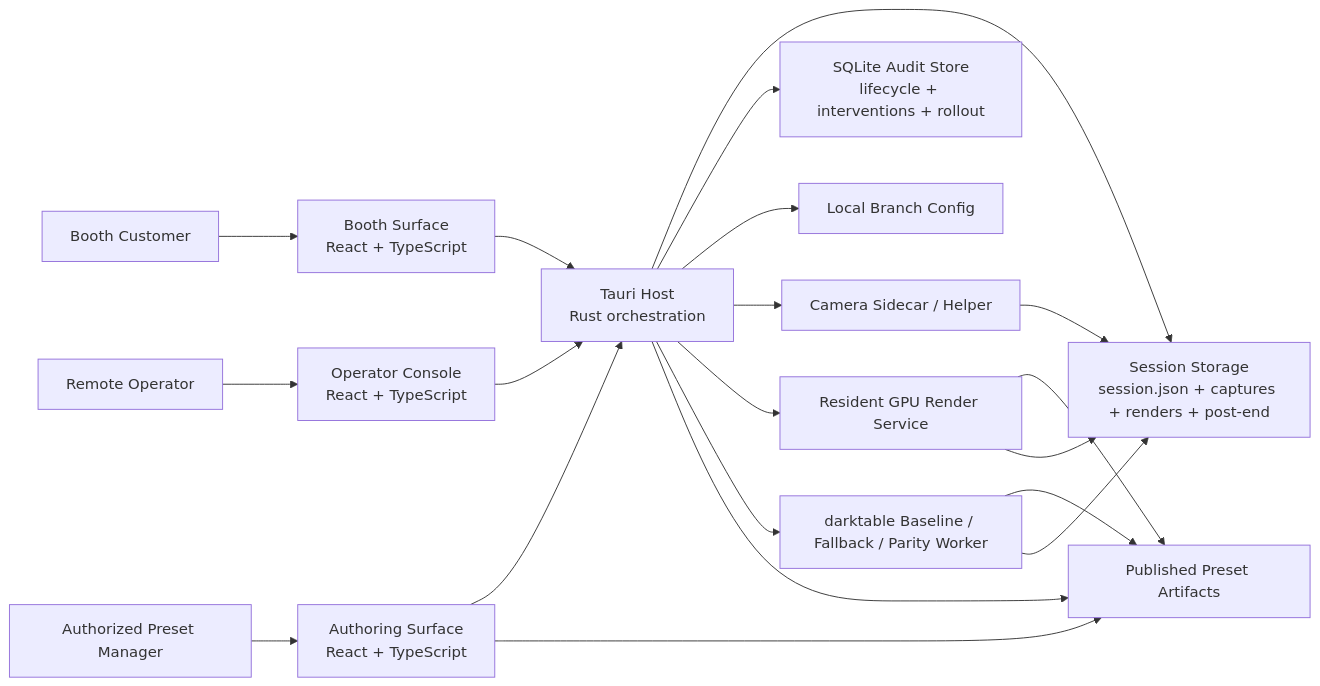
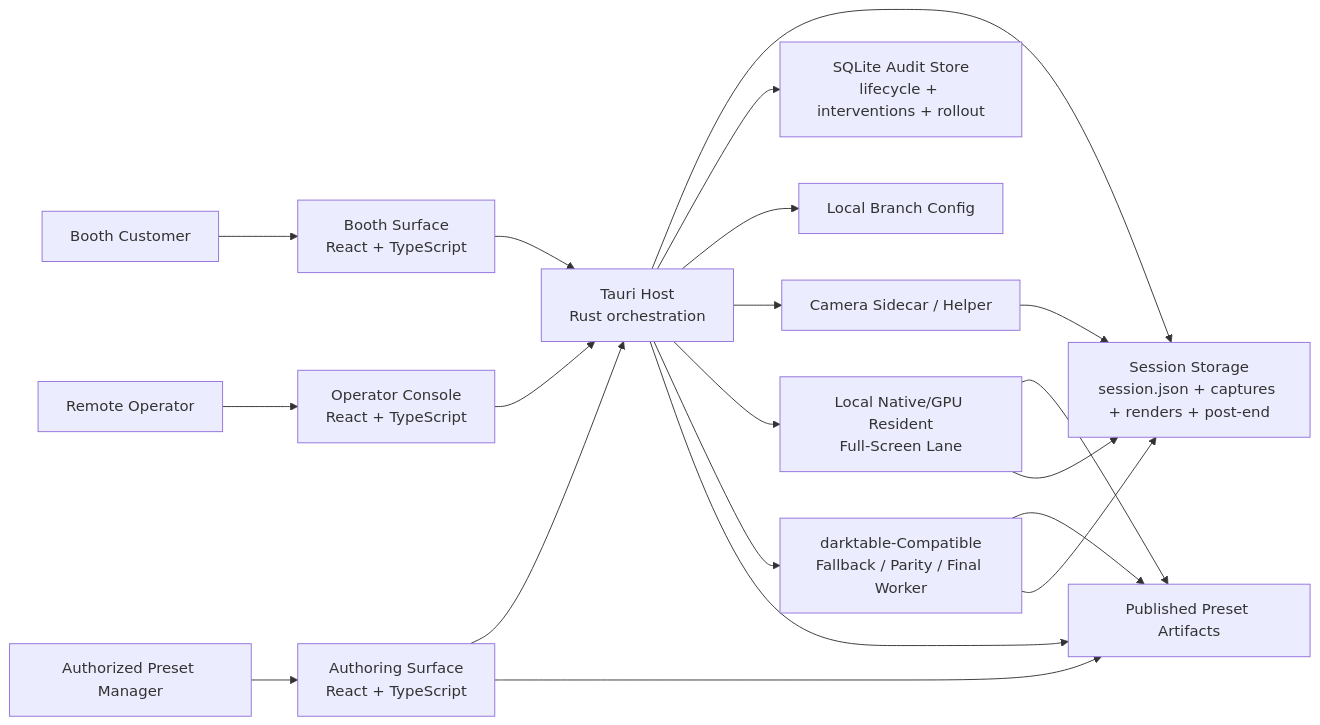
The first of 2 diagrams in _bmad-output/planning-artifacts/architecture.md (lsy9344/Boothy), drawn with Mermaid before and after one commit. The commit also changed other lines of this file and 271 other files, not shown here.

Commit message:
chore: checkpoint preview architecture branch state

````diff
--- a/_bmad-output/planning-artifacts/architecture.md
+++ b/_bmad-output/planning-artifacts/architecture.md
@@ -45,24 +49,24 @@
 ```mermaid
 flowchart LR
     Customer["Booth Customer"] --> BoothUI["Booth Surface<br/>React + TypeScript"]
     Operator["Remote Operator"] --> OperatorUI["Operator Console<br/>React + TypeScript"]
     Author["Authorized Preset Manager"] --> AuthorUI["Authoring Surface<br/>React + TypeScript"]
 
     BoothUI --> Host["Tauri Host<br/>Rust orchestration"]
     OperatorUI --> Host
     AuthorUI --> Host
 
     Host --> SessionFS["Session Storage<br/>session.json + captures + renders + post-end"]
     Host --> AuditDB["SQLite Audit Store<br/>lifecycle + interventions + rollout"]
     Host --> Config["Local Branch Config"]
     Host --> CameraSidecar["Camera Sidecar / Helper"]
-    Host --> GpuRenderService["Resident GPU Render Service"]
-    Host --> BaselineWorker["darktable Baseline / Fallback / Parity Worker"]
+    Host --> GpuRenderService["Local Native/GPU Resident<br/>Full-Screen Lane"]
+    Host --> BaselineWorker["darktable-Compatible<br/>Fallback / Parity / Final Worker"]
     AuthorUI --> PresetArtifacts["Published Preset Artifacts"]
     Host --> PresetArtifacts
     GpuRenderService --> PresetArtifacts
     BaselineWorker --> PresetArtifacts
     CameraSidecar --> SessionFS
     GpuRenderService --> SessionFS
     BaselineWorker --> SessionFS
 ```
````
